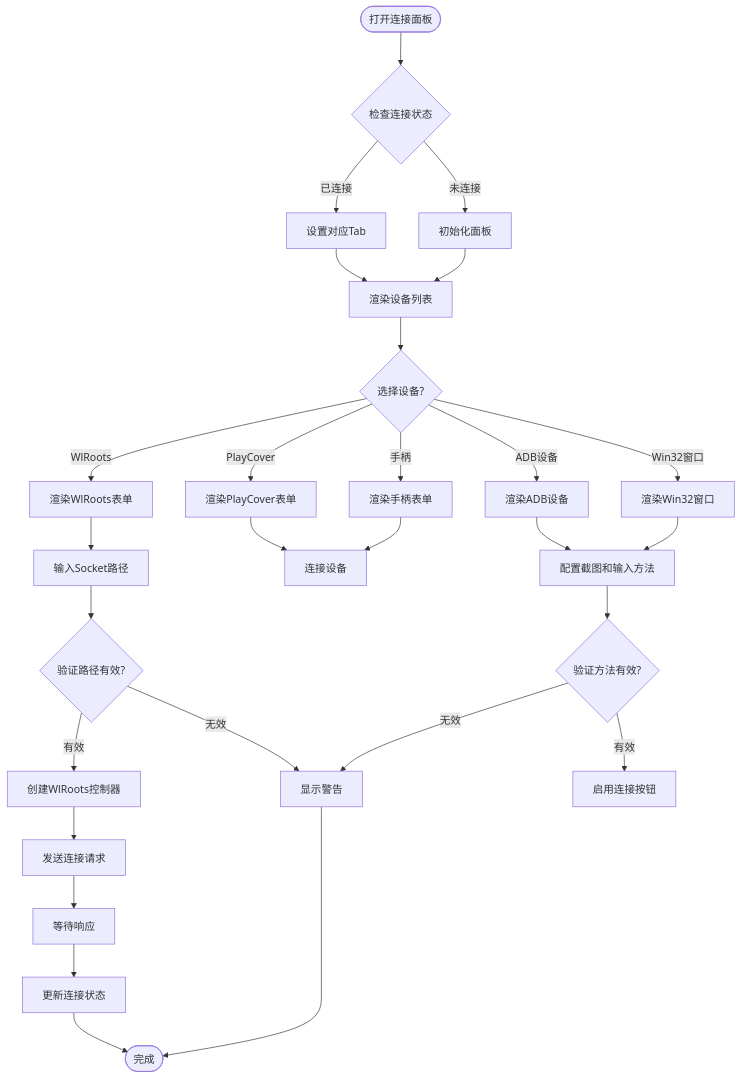
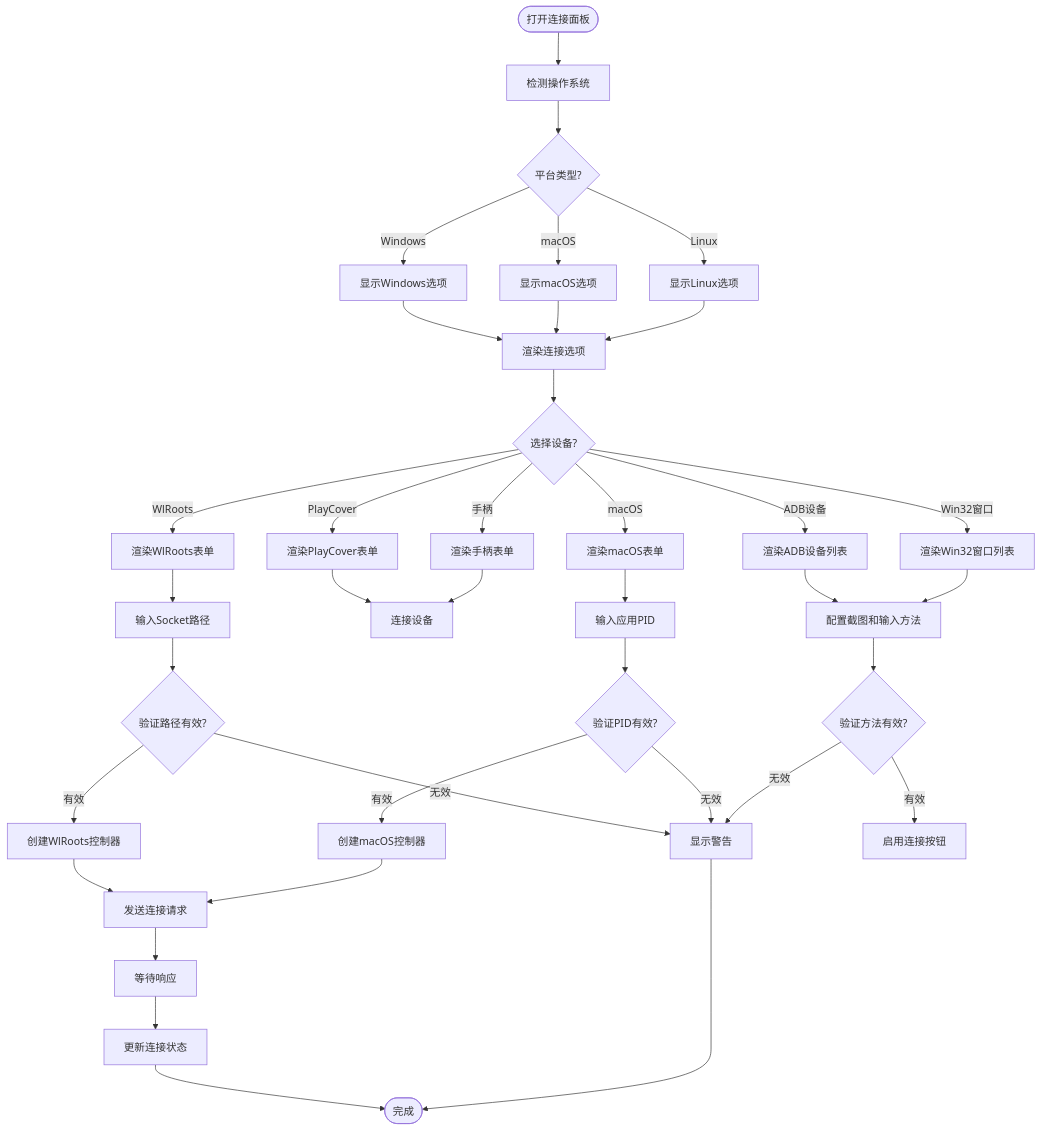
Before and after one commit to kqcoxn/MaaPipelineEditor: the third of 10 diagrams in .qoder/repowiki/zh/content/用户界面/面板系统/连接面板.md, drawn with Mermaid. The commit also changed other lines of this file and 6 other files, not shown here.

````diff
--- a/.qoder/repowiki/zh/content/用户界面/面板系统/连接面板.md
+++ b/.qoder/repowiki/zh/content/用户界面/面板系统/连接面板.md
@@ -216,30 +268,39 @@
 ```mermaid
 flowchart TD
-Start([打开连接面板]) --> CheckStatus{检查连接状态}
-CheckStatus --> |已连接| SetTab[设置对应Tab]
-CheckStatus --> |未连接| InitPanel[初始化面板]
-SetTab --> RenderDevices[渲染设备列表]
-InitPanel --> RenderDevices
-RenderDevices --> SelectDevice{选择设备?}
-SelectDevice --> |ADB设备| RenderADB[渲染ADB设备]
-SelectDevice --> |Win32窗口| RenderWin32[渲染Win32窗口]
+Start([打开连接面板]) --> DetectPlatform[检测操作系统]
+DetectPlatform --> CheckPlatform{平台类型?}
+CheckPlatform --> |Windows| ShowWindowsTabs[显示Windows选项]
+CheckPlatform --> |macOS| ShowMacOSTabs[显示macOS选项]
+CheckPlatform --> |Linux| ShowLinuxTabs[显示Linux选项]
+ShowWindowsTabs --> RenderTabs[渲染连接选项]
+ShowMacOSTabs --> RenderTabs
+ShowLinuxTabs --> RenderTabs
+RenderTabs --> SelectDevice{选择设备?}
+SelectDevice --> |ADB设备| RenderADB[渲染ADB设备列表]
+SelectDevice --> |Win32窗口| RenderWin32[渲染Win32窗口列表]
 SelectDevice --> |PlayCover| RenderPlayCover[渲染PlayCover表单]
 SelectDevice --> |手柄| RenderGamepad[渲染手柄表单]
 SelectDevice --> |WlRoots| RenderWlRoots[渲染WlRoots表单]
+SelectDevice --> |macOS| RenderMacOS[渲染macOS表单]
 RenderADB --> ConfigureMethods[配置截图和输入方法]
 RenderWin32 --> ConfigureMethods
 RenderPlayCover --> ConnectDevice[连接设备]
 RenderGamepad --> ConnectDevice
 RenderWlRoots --> InputSocketPath[输入Socket路径]
+RenderMacOS --> InputPID[输入应用PID]
 InputSocketPath --> ValidateSocketPath{验证路径有效?}
+InputPID --> ValidatePID{验证PID有效?}
 ValidateSocketPath --> |有效| CreateWlRootsController[创建WlRoots控制器]
+ValidatePID --> |有效| CreateMacosController[创建macOS控制器]
 ValidateSocketPath --> |无效| ShowWarning[显示警告]
+ValidatePID --> |无效| ShowWarning
 CreateWlRootsController --> SendConnect[发送连接请求]
+CreateMacosController --> SendConnect
 ConfigureMethods --> ValidateMethods{验证方法有效?}
 ValidateMethods --> |有效| EnableConnect[启用连接按钮]
 ValidateMethods --> |无效| ShowWarning
 SendConnect --> WaitResponse[等待响应]
 WaitResponse --> UpdateStatus[更新连接状态]
 UpdateStatus --> End([完成])
 ShowWarning --> End
 ```
````
